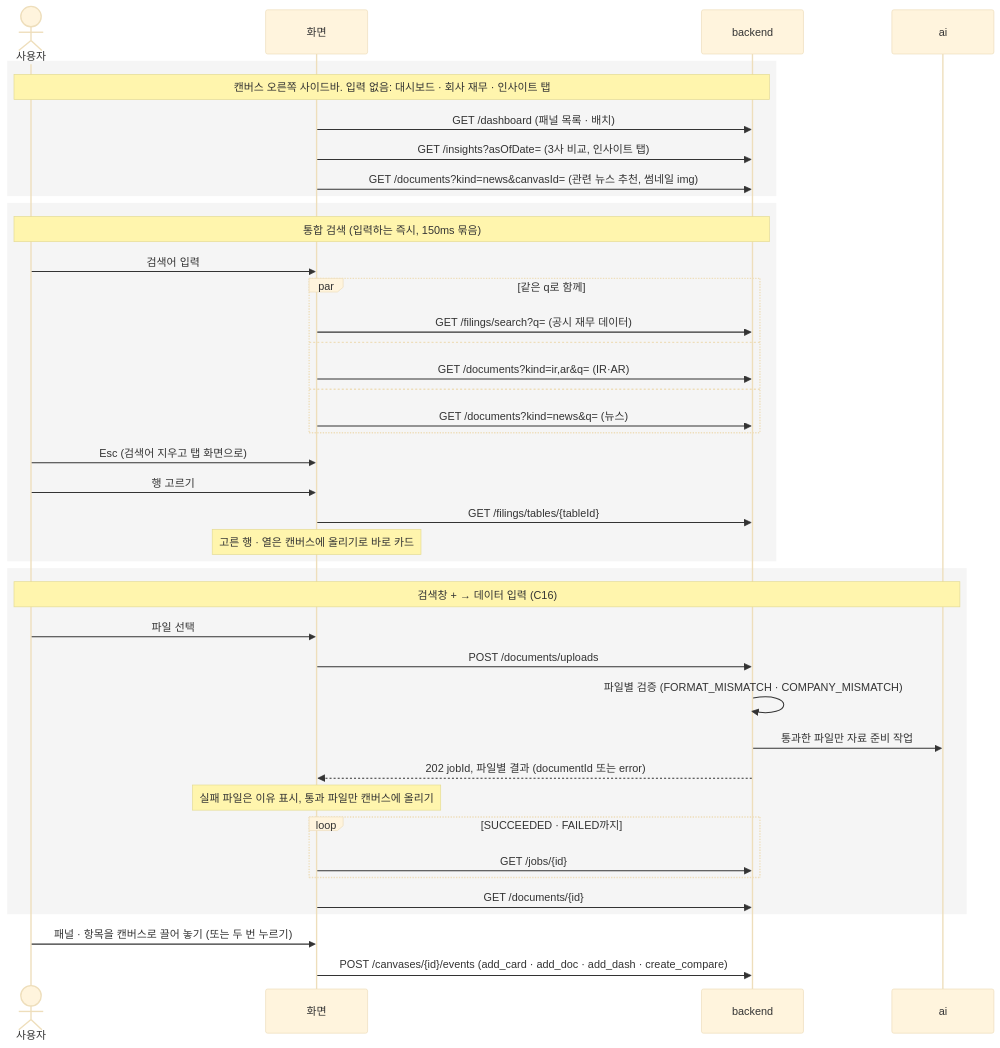
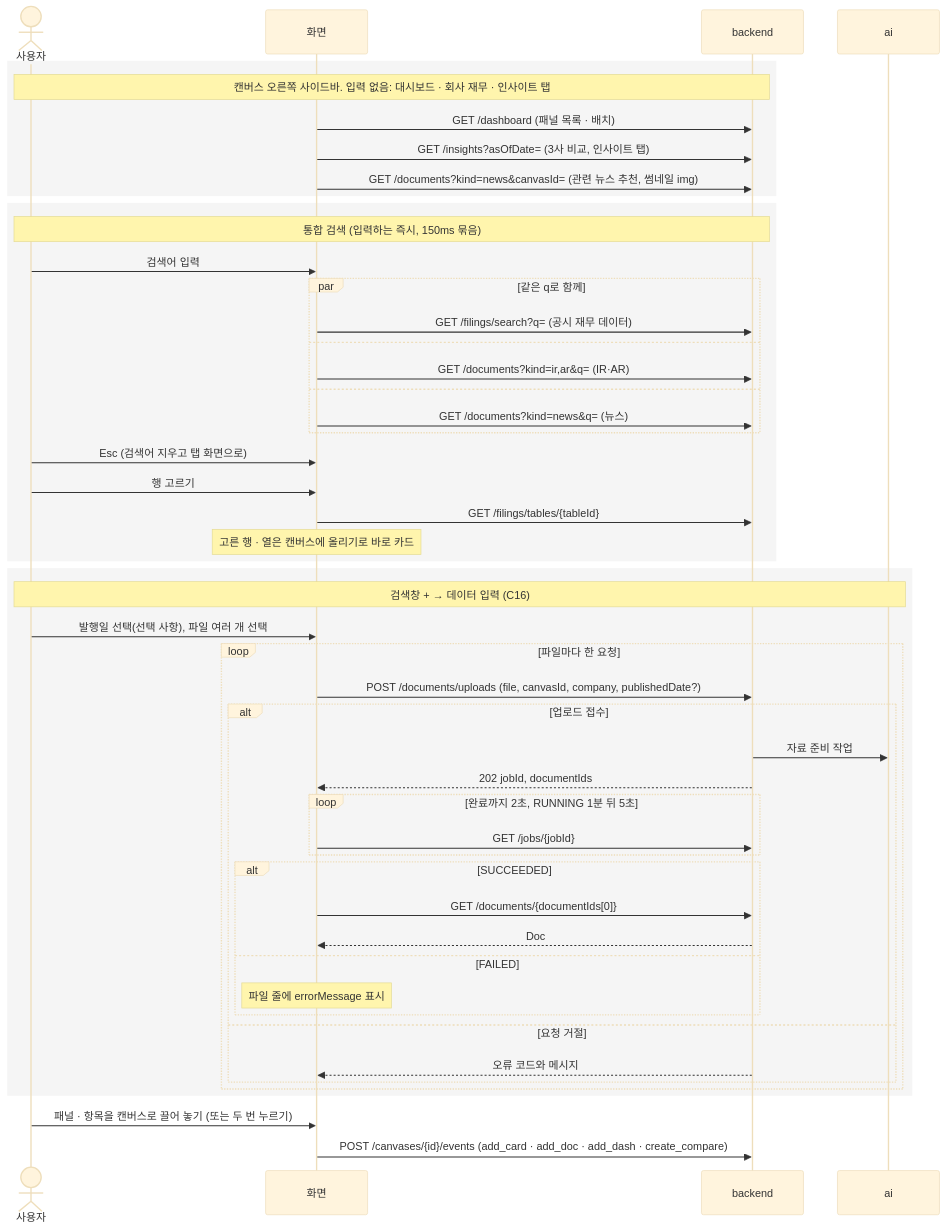
The sixth of 8 diagrams in docs/frontend/api-diagram.md (vamos-team/telescope), drawn with Mermaid (base theme) before and after one commit. The commit also changed 5 other files, not shown here.

````diff
--- a/docs/frontend/api-diagram.md
+++ b/docs/frontend/api-diagram.md
@@ -158,47 +158,56 @@
 ```mermaid
 sequenceDiagram
   actor U as 사용자
   participant F as 화면
   participant B as backend
   participant A as ai
 
   rect rgba(128,128,128,0.08)
   Note over U,B: 캔버스 오른쪽 사이드바. 입력 없음: 대시보드 · 회사 재무 · 인사이트 탭
   F->>B: GET /dashboard (패널 목록 · 배치)
   F->>B: GET /insights?asOfDate= (3사 비교, 인사이트 탭)
   F->>B: GET /documents?kind=news&canvasId= (관련 뉴스 추천, 썸네일 img)
   end
 
   rect rgba(128,128,128,0.08)
   Note over U,B: 통합 검색 (입력하는 즉시, 150ms 묶음)
   U->>F: 검색어 입력
   par 같은 q로 함께
     F->>B: GET /filings/search?q= (공시 재무 데이터)
   and
     F->>B: GET /documents?kind=ir,ar&q= (IR·AR)
   and
     F->>B: GET /documents?kind=news&q= (뉴스)
   end
   U->>F: Esc (검색어 지우고 탭 화면으로)
   U->>F: 행 고르기
   F->>B: GET /filings/tables/{tableId}
   Note over F: 고른 행 · 열은 캔버스에 올리기로 바로 카드
   end
 
   rect rgba(128,128,128,0.08)
   Note over U,A: 검색창 + → 데이터 입력 (C16)
-  U->>F: 파일 선택
-  F->>B: POST /documents/uploads
-  B->>B: 파일별 검증 (FORMAT_MISMATCH · COMPANY_MISMATCH)
-  B->>A: 통과한 파일만 자료 준비 작업
-  B-->>F: 202 jobId, 파일별 결과 (documentId 또는 error)
-  Note over F: 실패 파일은 이유 표시, 통과 파일만 캔버스에 올리기
-  loop SUCCEEDED · FAILED까지
-    F->>B: GET /jobs/{id}
+  U->>F: 발행일 선택(선택 사항), 파일 여러 개 선택
+  loop 파일마다 한 요청
+    F->>B: POST /documents/uploads (file, canvasId, company, publishedDate?)
+    alt 업로드 접수
+      B->>A: 자료 준비 작업
+      B-->>F: 202 jobId, documentIds
+      loop 완료까지 2초, RUNNING 1분 뒤 5초
+        F->>B: GET /jobs/{jobId}
+      end
+      alt SUCCEEDED
+        F->>B: GET /documents/{documentIds[0]}
+        B-->>F: Doc
+      else FAILED
+        Note over F: 파일 줄에 errorMessage 표시
+      end
+    else 요청 거절
+      B-->>F: 오류 코드와 메시지
+    end
   end
-  F->>B: GET /documents/{id}
   end
 
   U->>F: 패널 · 항목을 캔버스로 끌어 놓기 (또는 두 번 누르기)
   F->>B: POST /canvases/{id}/events (add_card · add_doc · add_dash · create_compare)
 ```
````
